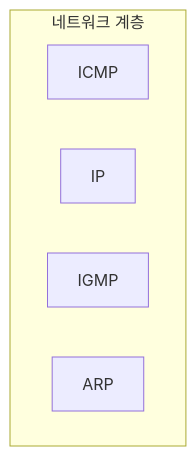
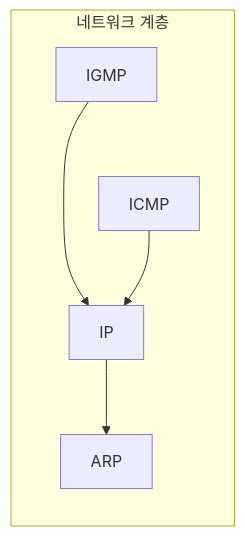
The first of 6 diagrams in Lecture-Notes/Ch16_ICMPv4-and-IGMP/Concepts_Lecture.ko.md (Choroning/25Spring_Computer-Networks), drawn with Mermaid before and after one commit. The commit also changed other lines of this file and 11 other files, not shown here.

````diff
--- a/Lecture-Notes/Ch16_ICMPv4-and-IGMP/Concepts_Lecture.ko.md
+++ b/Lecture-Notes/Ch16_ICMPv4-and-IGMP/Concepts_Lecture.ko.md
@@ -65,9 +85,12 @@
 ```mermaid
-graph TD
-    subgraph NET["네트워크 계층"]
-        ICMP["ICMP"]
+graph TB
+    subgraph NL["네트워크 계층"]
+        direction TB
+        IGMP["IGMP"] ~~~ ICMP["ICMP"]
         IP["IP"]
-        IGMP["IGMP"]
         ARP["ARP"]
     end
+    IGMP --> IP
+    ICMP --> IP
+    IP --> ARP
 ```
````
